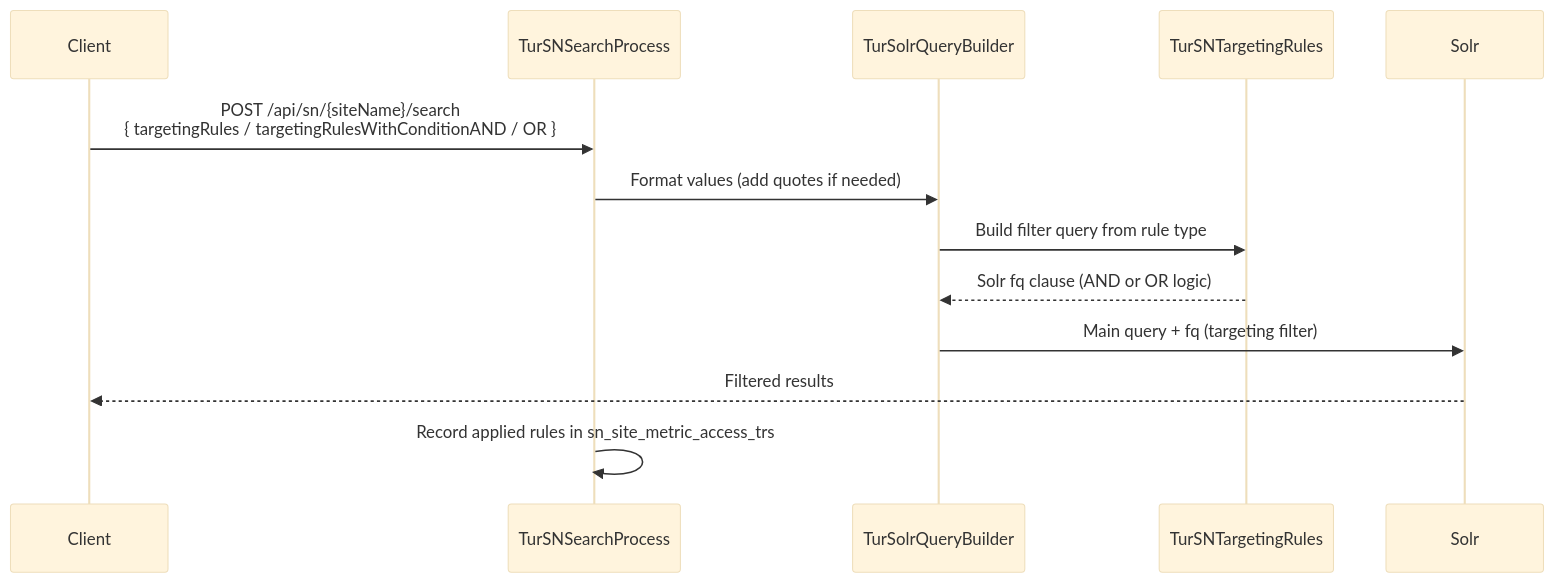
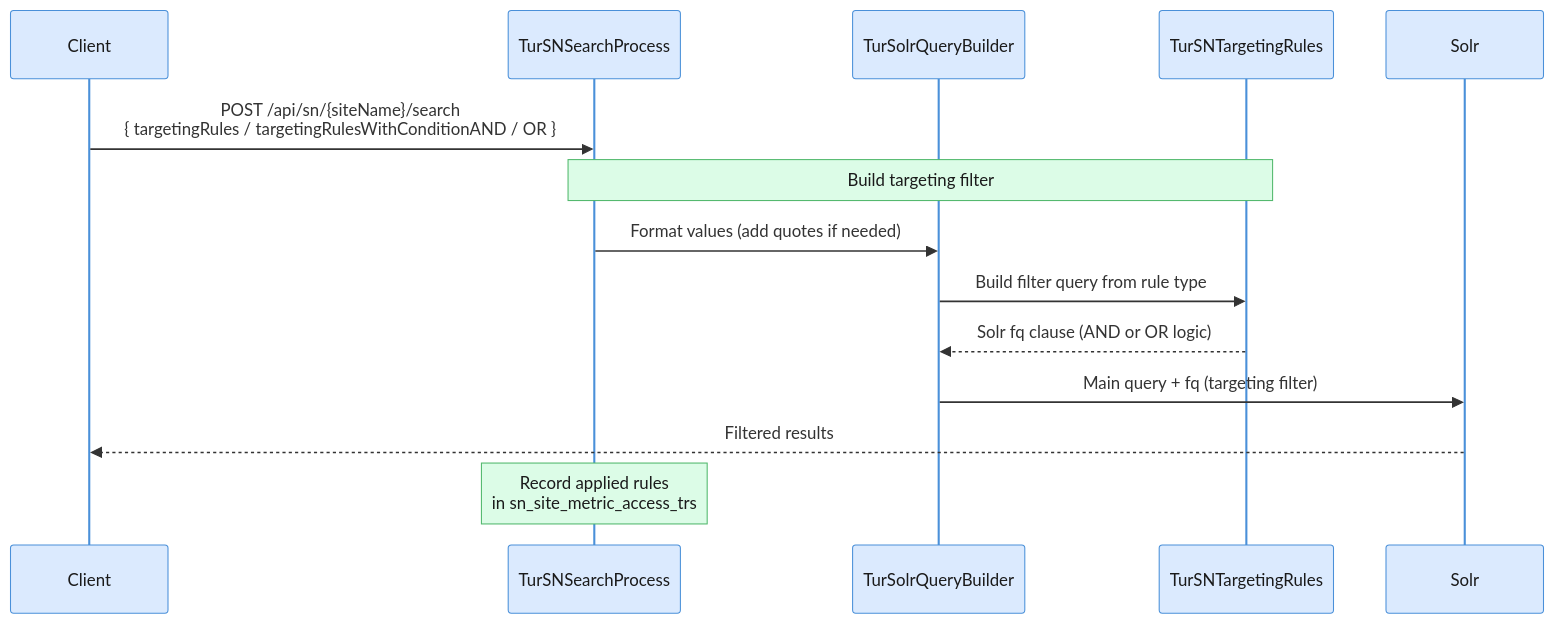
One commit to openviglet/docs changed the diagram in diagrams/turing-targeting-rules-flow.mmd. Above: the diagram before and after it, drawn with Mermaid. The commit also changed 49 other files, not shown here.

First line of the commit message:
Standardize Mermaid diagrams and conventions

```diff
--- a/diagrams/turing-targeting-rules-flow.mmd
+++ b/diagrams/turing-targeting-rules-flow.mmd
@@ -1,15 +1,19 @@
-%%{init: {'theme': 'base', 'themeVariables': {'fontSize': '14px'}}}%%
+%%{init: {'theme': 'base', 'themeVariables': {'fontSize': '13px', 'actorBkg': '#dbeafe', 'actorBorder': '#4A90D9', 'actorTextColor': '#1a1a1a', 'activationBkgColor': '#ede9fe', 'activationBorderColor': '#9B6EC5', 'labelBoxBkgColor': '#fef3c7', 'labelBoxBorderColor': '#E8A838', 'labelTextColor': '#1a1a1a', 'loopTextColor': '#b07a1a', 'noteBkgColor': '#dcfce7', 'noteBorderColor': '#50B86C', 'noteTextColor': '#1a1a1a', 'signalColor': '#333', 'signalTextColor': '#333'}}}%%
 sequenceDiagram
     participant Client
     participant API as TurSNSearchProcess
     participant Builder as TurSolrQueryBuilder
     participant Rules as TurSNTargetingRules
     participant Solr
 
     Client->>API: POST /api/sn/{siteName}/search<br/>{ targetingRules / targetingRulesWithConditionAND / OR }
+
+    Note over API,Rules: Build targeting filter
+
     API->>Builder: Format values (add quotes if needed)
     Builder->>Rules: Build filter query from rule type
     Rules-->>Builder: Solr fq clause (AND or OR logic)
     Builder->>Solr: Main query + fq (targeting filter)
     Solr-->>Client: Filtered results
-    API->>API: Record applied rules in sn_site_metric_access_trs
+
+    Note over API: Record applied rules<br/>in sn_site_metric_access_trs
```
